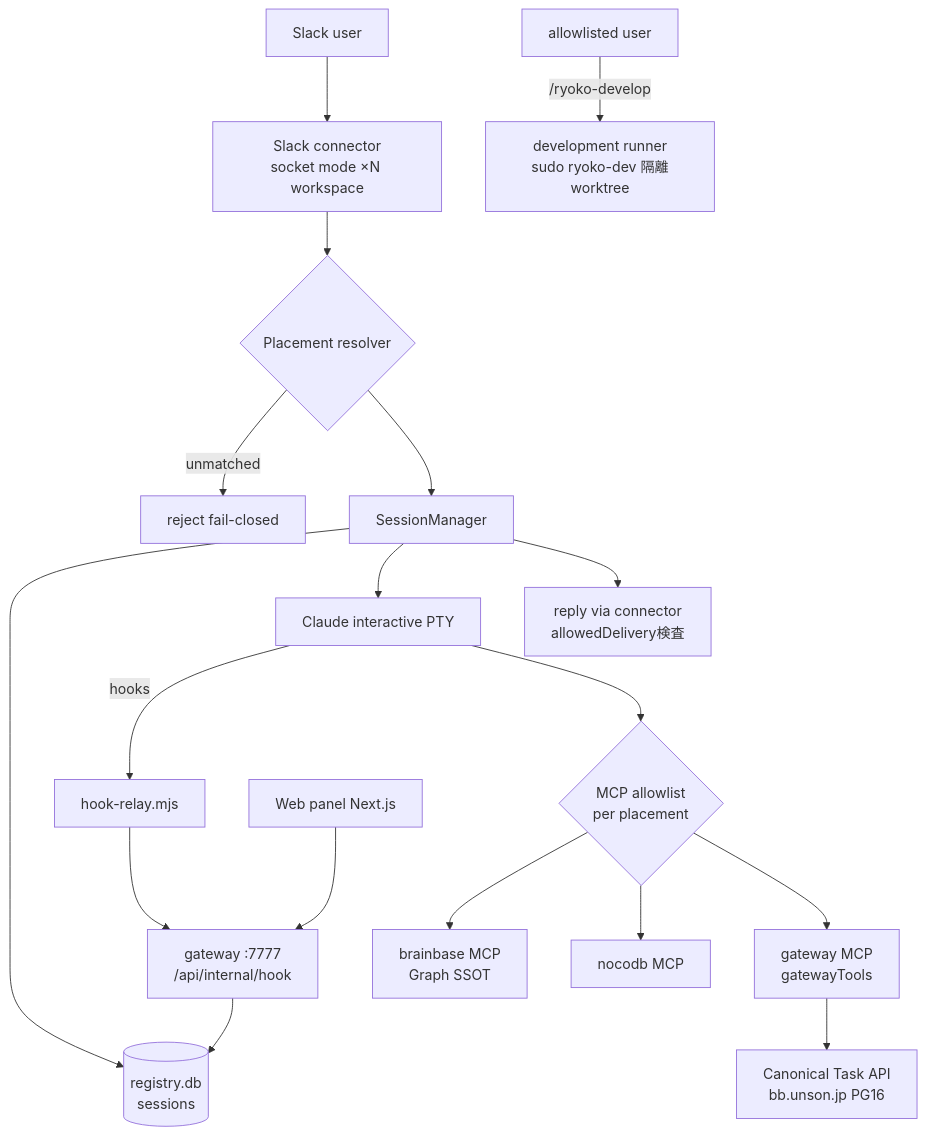
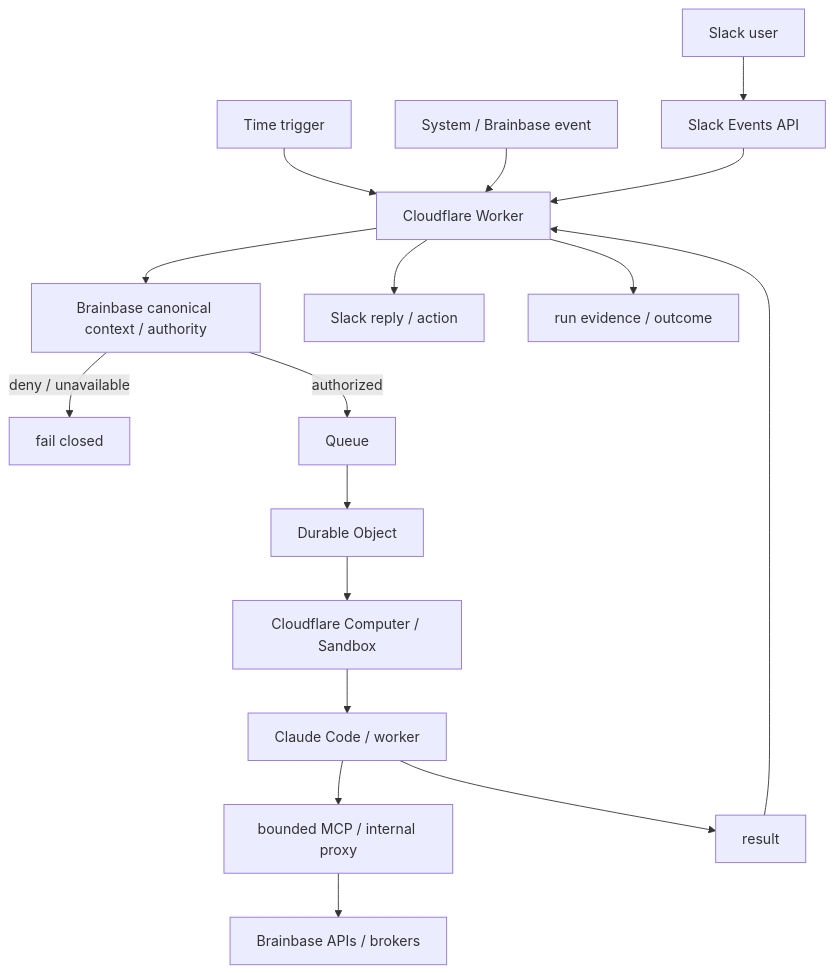
The diagram in docs/architecture/01_system_overview.md (Unson-LLC/mana-runtime), drawn with Mermaid before and after one commit. The commit also changed other lines of this file, not shown here.

Commit message:
docs: replace legacy system overview with Cloudflare runtime

````diff
--- a/docs/architecture/01_system_overview.md
+++ b/docs/architecture/01_system_overview.md
@@ -32,19 +39,19 @@
 ```mermaid
 flowchart TD
-  U[Slack user] --> SC[Slack connector<br/>socket mode ×N workspace]
-  SC --> PR{Placement resolver}
-  PR -->|unmatched| X[reject fail-closed]
-  PR --> SM[SessionManager]
-  SM --> REG[(registry.db<br/>sessions)]
-  SM --> ENG[Claude interactive PTY]
-  ENG -->|hooks| HR[hook-relay.mjs] --> API[gateway :7777<br/>/api/internal/hook]
-  API --> REG
-  ENG --> MCP{MCP allowlist<br/>per placement}
-  MCP --> BB[brainbase MCP<br/>Graph SSOT]
-  MCP --> NC[nocodb MCP]
-  MCP --> GW[gateway MCP<br/>gatewayTools]
-  GW --> CT[Canonical Task API<br/>bb.unson.jp PG16]
-  SM --> SC2[reply via connector<br/>allowedDelivery検査]
-  U2[allowlisted user] -->|/ryoko-develop| DR[development runner<br/>sudo ryoko-dev 隔離worktree]
-  WEB[Web panel Next.js] --> API
+    U[Slack user] --> S[Slack Events API]
+    T[Time trigger] --> W[Cloudflare Worker]
+    E[System / Brainbase event] --> W
+    S --> W
+    W --> BCTX[Brainbase canonical context / authority]
+    BCTX -->|deny / unavailable| X[fail closed]
+    BCTX -->|authorized| Q[Queue]
+    Q --> DO[Durable Object]
+    DO --> C[Cloudflare Computer / Sandbox]
+    C --> CC[Claude Code / worker]
+    CC --> MCP[bounded MCP / internal proxy]
+    MCP --> BB[Brainbase APIs / brokers]
+    CC --> R[result]
+    R --> W
+    W --> SLACK[Slack reply / action]
+    W --> BB2[run evidence / outcome]
 ```
````
